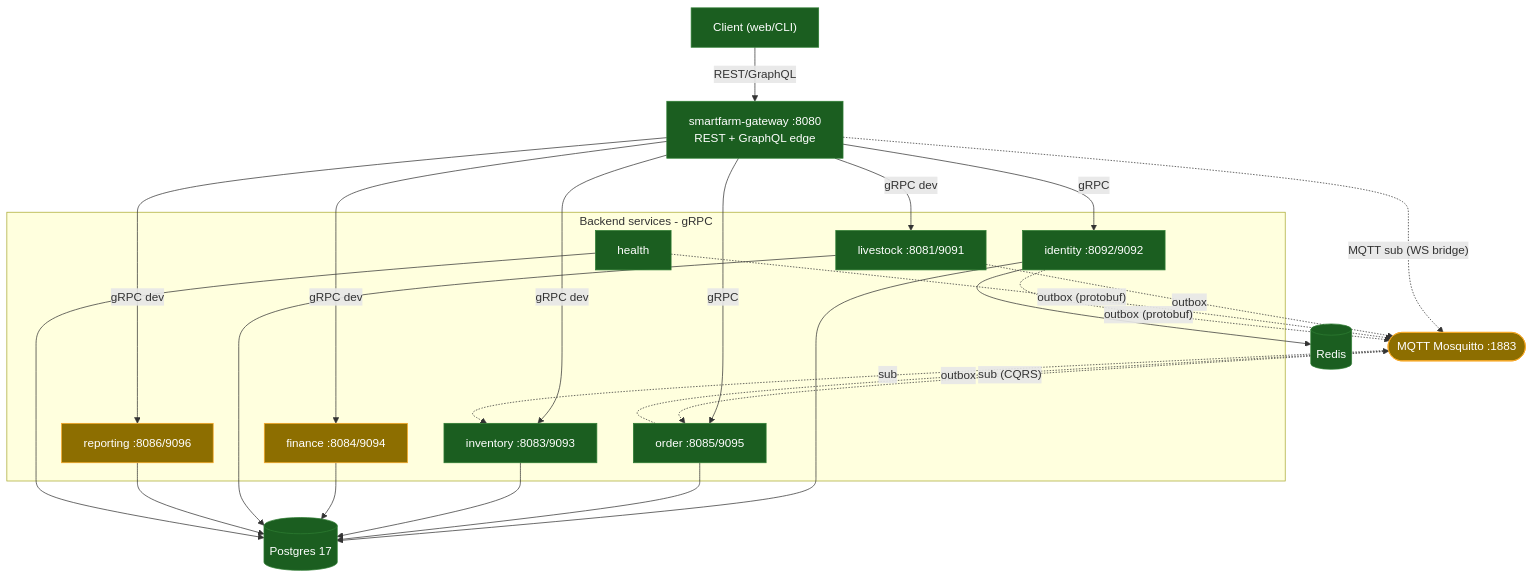
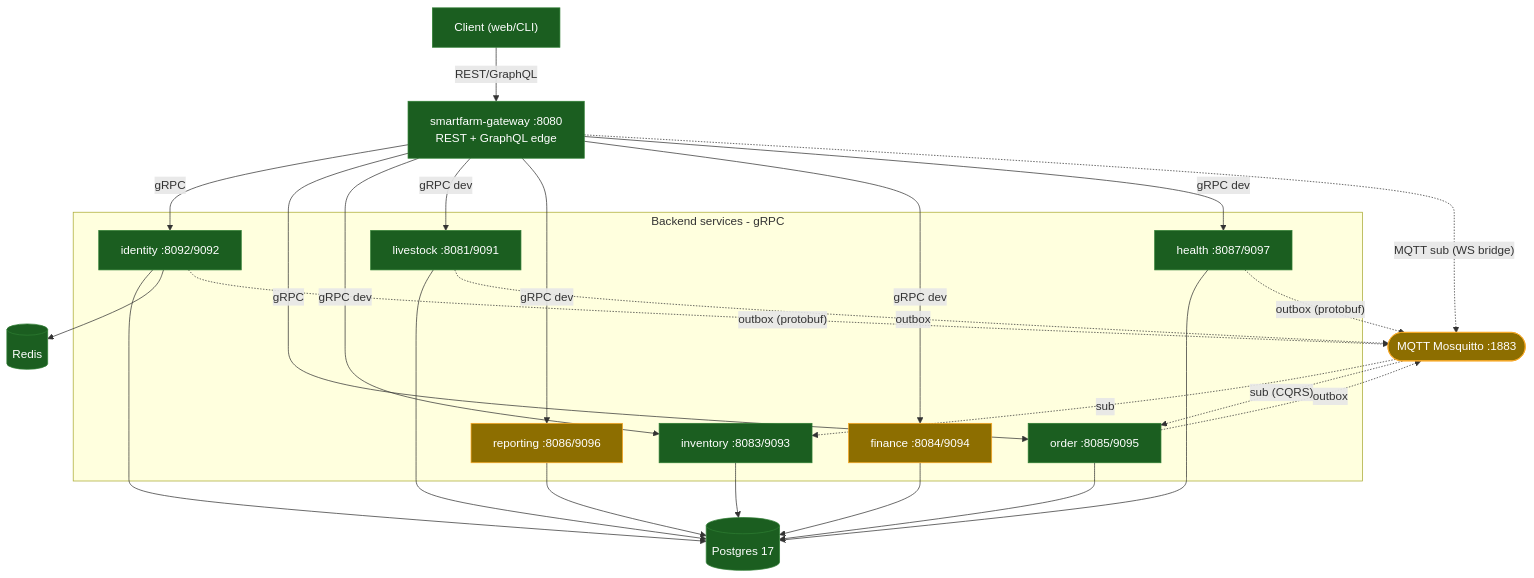
The first of 7 diagrams in docs/architecture/system-overview.md (hatrongvu13/smartfarm-platform-maven-starter), drawn with Mermaid before and after one commit. The commit also changed other lines of this file and 15 other files, not shown here.

First line of the commit message:
docs: truth pass -- audit log, outstanding issues, architecture & service docs

````diff
--- a/docs/architecture/system-overview.md
+++ b/docs/architecture/system-overview.md
@@ -15,37 +15,38 @@
 ```mermaid
 flowchart TB
   client["Client (web/CLI)"]:::ok
   gw["smartfarm-gateway :8080<br/>REST + GraphQL edge"]:::ok
   broker(["MQTT Mosquitto :1883"]):::partial
   subgraph services[Backend services - gRPC]
     id["identity :8092/9092"]:::ok
     ord["order :8085/9095"]:::ok
     inv["inventory :8083/9093"]:::ok
     fin["finance :8084/9094"]:::partial
     liv["livestock :8081/9091"]:::ok
     rep["reporting :8086/9096"]:::partial
-    hea["health"]:::ok
+    hea["health :8087/9097"]:::ok
   end
   pg[("Postgres 17")]:::ok
   redis[("Redis")]:::ok
   client -->|REST/GraphQL| gw
   gw -->|gRPC| id
   gw -->|gRPC| ord
   gw -->|gRPC dev| inv
   gw -->|gRPC dev| liv
   gw -->|gRPC dev| rep
   gw -->|gRPC dev| fin
+  gw -->|gRPC dev| hea
   gw -. "MQTT sub (WS bridge)" .-> broker
   id & ord & inv & fin & liv & rep & hea --> pg
   id --> redis
   ord -. outbox .-> broker
   liv -. outbox .-> broker
   hea -. "outbox (protobuf)" .-> broker
   id -. "outbox (protobuf)" .-> broker
   broker -. sub .-> inv
   broker -. "sub (CQRS)" .-> ord
   classDef ok fill:#1b5e20,color:#fff,stroke:#2e7d32;
   classDef partial fill:#8d6e00,color:#fff,stroke:#f9a825;
   classDef missing fill:#8e1b1b,color:#fff,stroke:#c62828;
   classDef planned fill:#424242,color:#fff,stroke:#757575;
 ```
````
